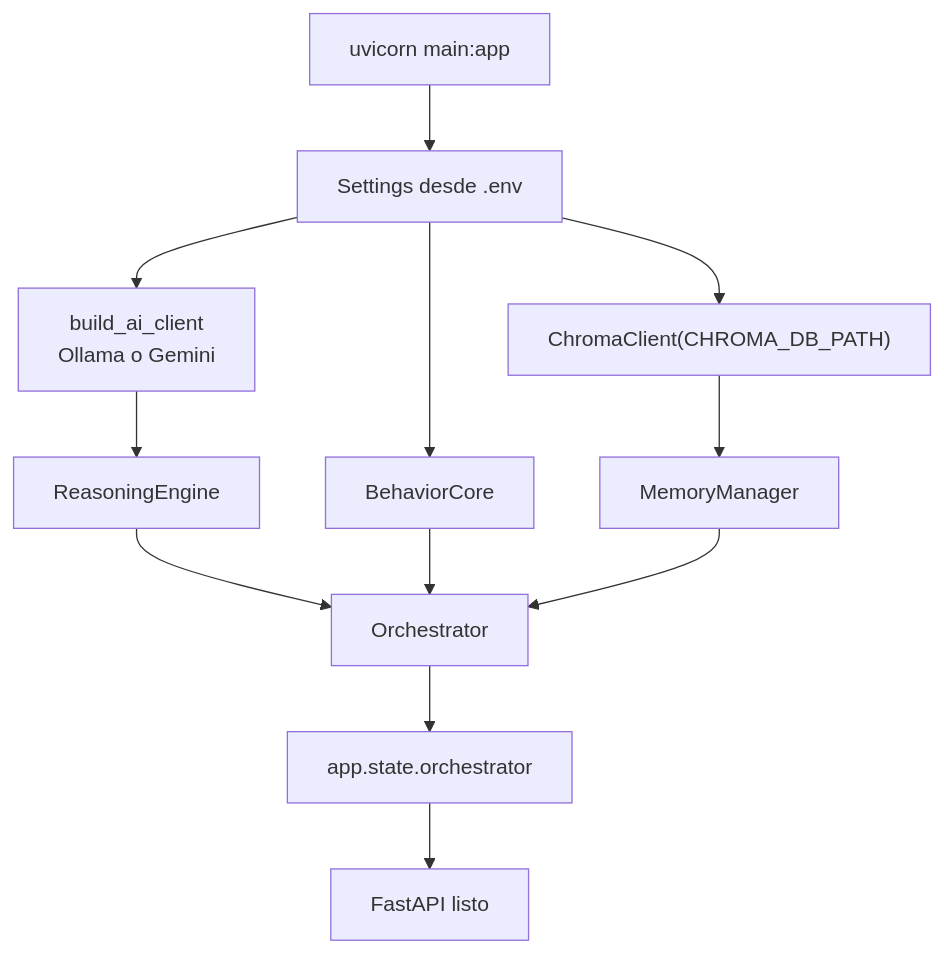
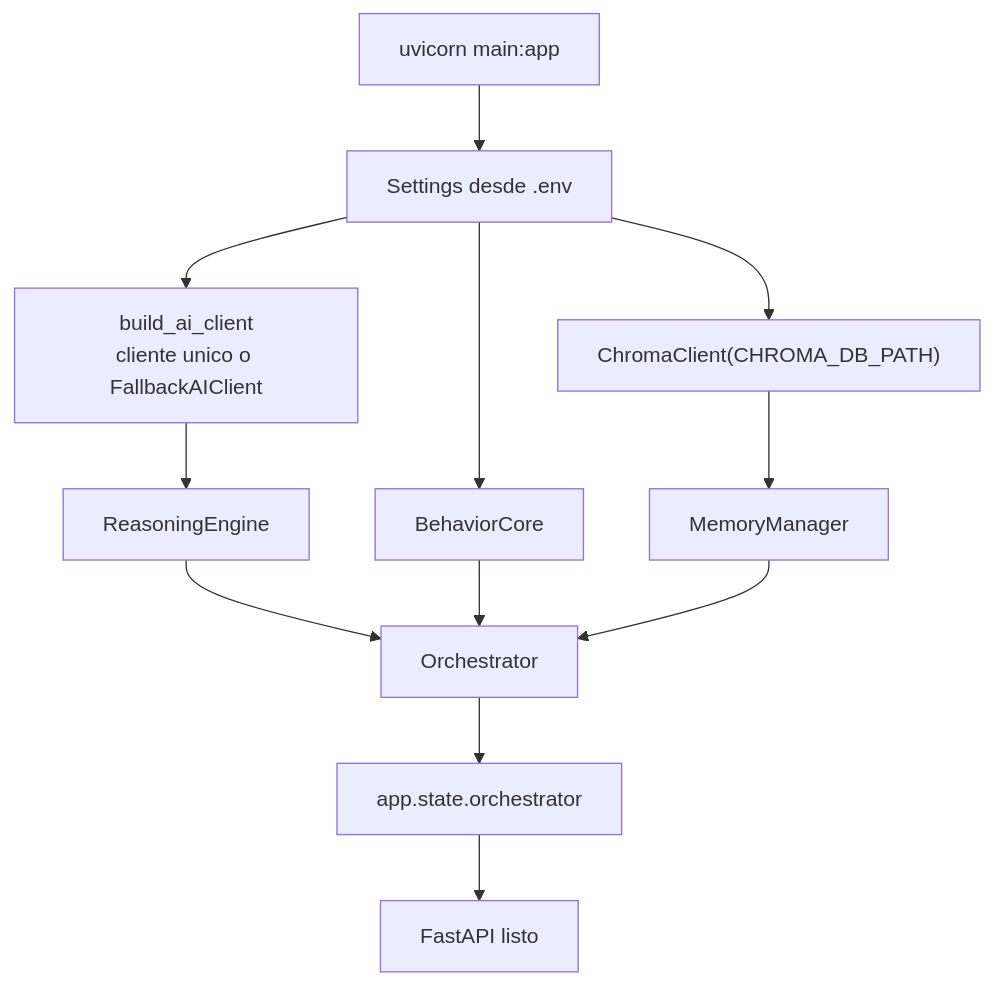
One commit to Genrex-code/Lazzaro changed the third of 4 diagrams in docs/arquitectura_completa_lazzaro.md. Above: the diagram before and after it, drawn with Mermaid. The commit also changed other lines of this file and 4 other files, not shown here.

````diff
--- a/docs/arquitectura_completa_lazzaro.md
+++ b/docs/arquitectura_completa_lazzaro.md
@@ -462,14 +206,14 @@
 ```mermaid
 flowchart TD
     START["uvicorn main:app"] --> SETTINGS["Settings desde .env"]
     SETTINGS --> CORE["BehaviorCore"]
     SETTINGS --> CHROMA["ChromaClient(CHROMA_DB_PATH)"]
     CHROMA --> MEMORY["MemoryManager"]
-    SETTINGS --> CLIENT["build_ai_client<br/>Ollama o Gemini"]
+    SETTINGS --> CLIENT["build_ai_client<br/>cliente unico o FallbackAIClient"]
     CLIENT --> REASON["ReasoningEngine"]
     REASON --> ORCH["Orchestrator"]
     CORE --> ORCH
     MEMORY --> ORCH
     ORCH --> APISTATE["app.state.orchestrator"]
     APISTATE --> READY["FastAPI listo"]
 ```
````
